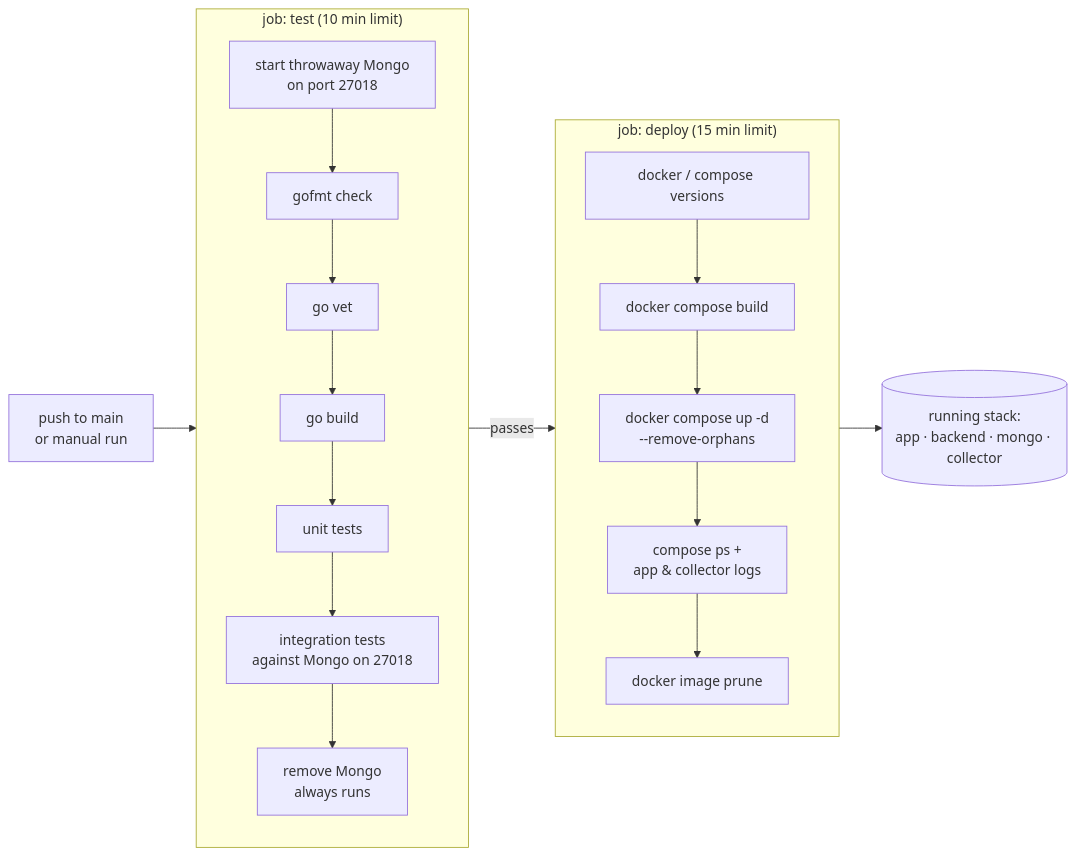
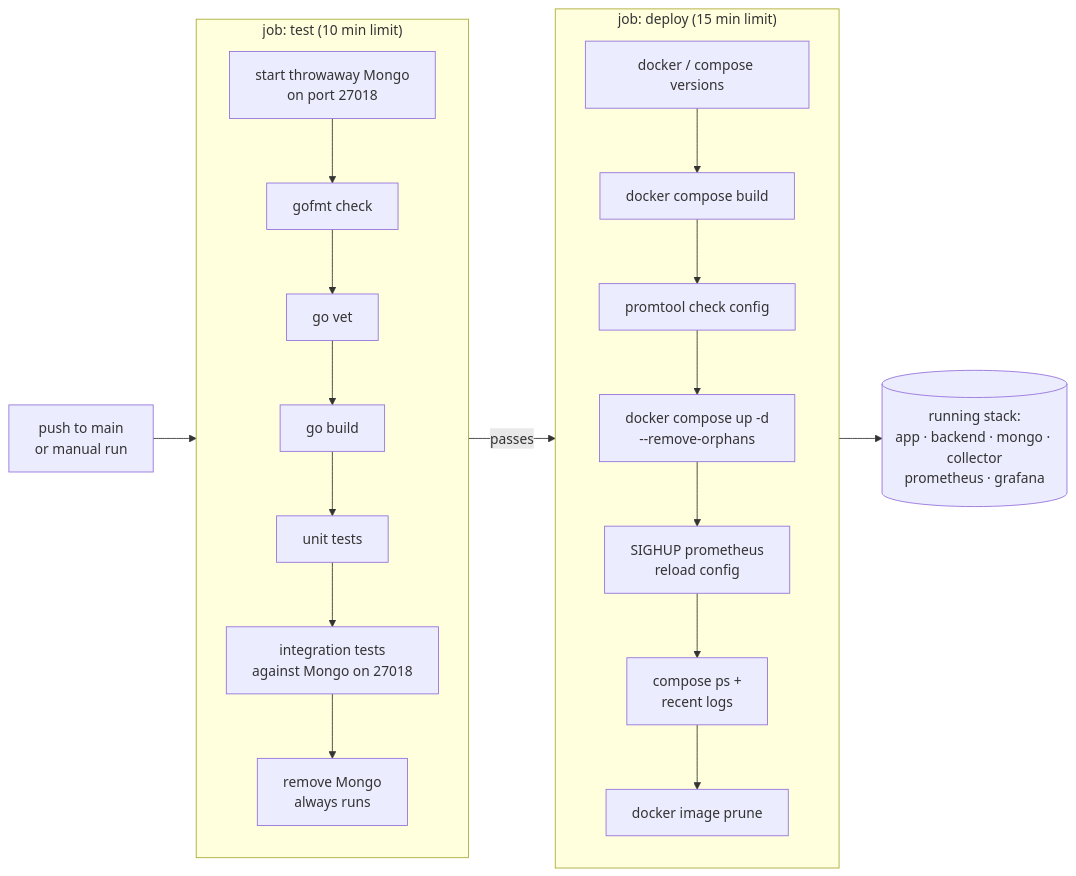
The diagram in devops/README.md (fmolinar/arium), drawn with Mermaid before and after one commit. The commit also changed other lines of this file and 29 other files, not shown here.

````diff
--- a/devops/README.md
+++ b/devops/README.md
@@ -27,19 +29,19 @@
 ```mermaid
 flowchart LR
     push["push to main<br/>or manual run"] --> test
 
     subgraph test ["job: test (10 min limit)"]
         direction TB
         mongo["start throwaway Mongo<br/>on port 27018"] --> fmt["gofmt check"] --> vet["go vet"] --> build["go build"] --> unit["unit tests"] --> integ["integration tests<br/>against Mongo on 27018"]
         integ --> stop["remove Mongo<br/>always runs"]
     end
 
     test -- "passes" --> deploy
 
     subgraph deploy ["job: deploy (15 min limit)"]
         direction TB
-        verify["docker / compose versions"] --> images["docker compose build"] --> up["docker compose up -d<br/>--remove-orphans"] --> status["compose ps +<br/>app & collector logs"] --> prune["docker image prune"]
+        verify["docker / compose versions"] --> images["docker compose build"] --> promtool["promtool check config"] --> up["docker compose up -d<br/>--remove-orphans"] --> reload["SIGHUP prometheus<br/>reload config"] --> status["compose ps +<br/>recent logs"] --> prune["docker image prune"]
     end
 
-    deploy --> stack[("running stack:<br/>app · backend · mongo · collector")]
+    deploy --> stack[("running stack:<br/>app · backend · mongo · collector<br/>prometheus · grafana")]
 ```
````
